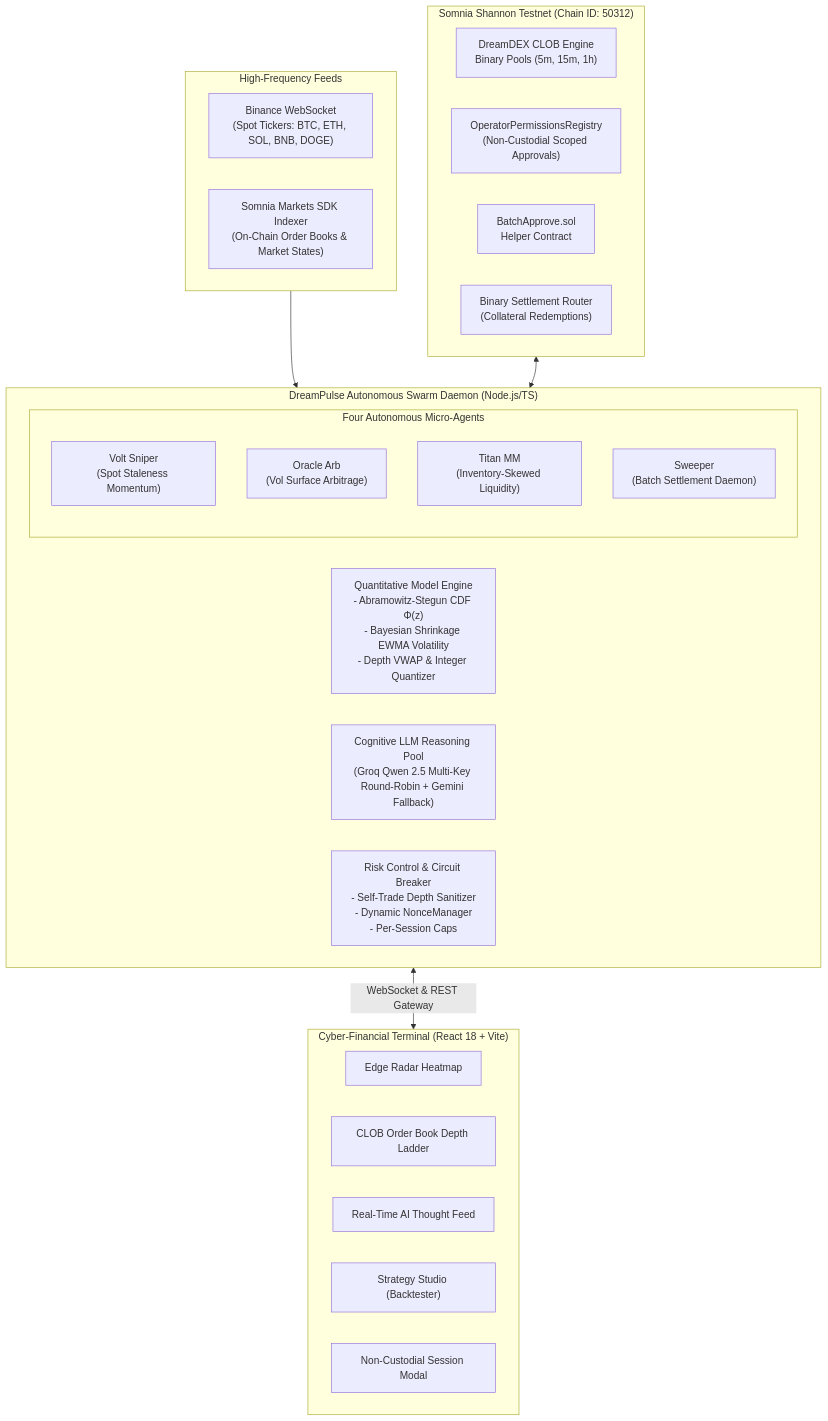
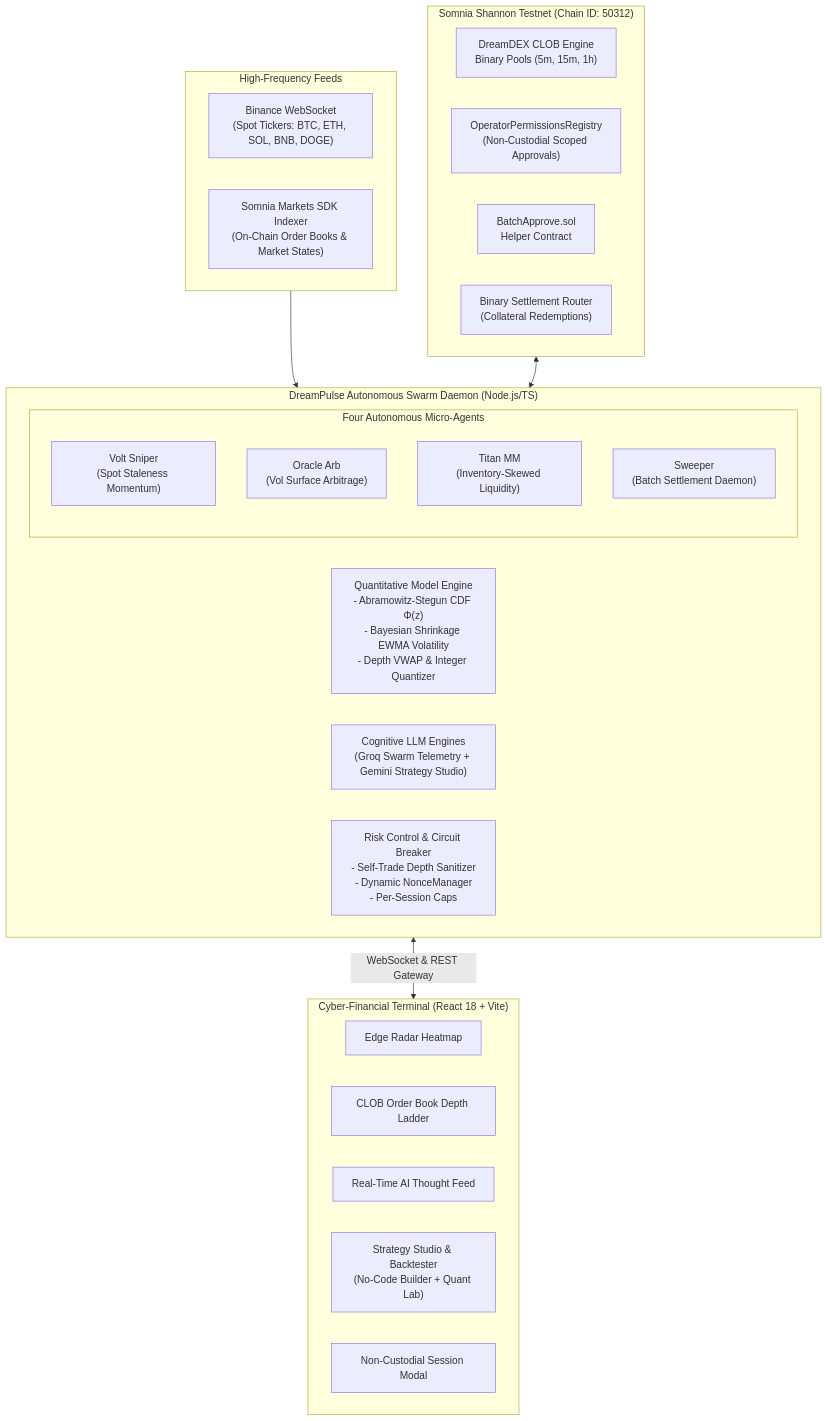
The first of 4 diagrams in README.md (zaikaman/DreamPulse), drawn with Mermaid before and after one commit. The commit also changed other lines of this file and 31 other files, not shown here.

````diff
--- a/README.md
+++ b/README.md
@@ -80,40 +80,40 @@
 ```mermaid
 flowchart TB
     subgraph SomniaShannonL1 ["Somnia Shannon Testnet (Chain ID: 50312)"]
         CLOB["DreamDEX CLOB Engine\nBinary Pools (5m, 15m, 1h)"]
         OPR["OperatorPermissionsRegistry\n(Non-Custodial Scoped Approvals)"]
         BATCH["BatchApprove.sol\nHelper Contract"]
         SETTLE["Binary Settlement Router\n(Collateral Redemptions)"]
     end
 
     subgraph DataFeeds ["High-Frequency Feeds"]
         BINANCE["Binance WebSocket\n(Spot Tickers: BTC, ETH, SOL, BNB, DOGE)"]
         GRAPHQL["Somnia Markets SDK Indexer\n(On-Chain Order Books & Market States)"]
     end
 
     subgraph SwarmEngine ["DreamPulse Autonomous Swarm Daemon (Node.js/TS)"]
         QUANT["Quantitative Model Engine\n- Abramowitz-Stegun CDF Φ(z)\n- Bayesian Shrinkage EWMA Volatility\n- Depth VWAP & Integer Quantizer"]
         
         subgraph Agents ["Four Autonomous Micro-Agents"]
             VOLT["Volt Sniper\n(Spot Staleness Momentum)"]
             ORACLE["Oracle Arb\n(Vol Surface Arbitrage)"]
             TITAN["Titan MM\n(Inventory-Skewed Liquidity)"]
             SWEEPER["Sweeper\n(Batch Settlement Daemon)"]
         end
 
-        LLM["Cognitive LLM Reasoning Pool\n(Groq Qwen 2.5 Multi-Key Round-Robin + Gemini Fallback)"]
+        LLM["Cognitive LLM Engines\n(Groq Swarm Telemetry + Gemini Strategy Studio)"]
         RISK["Risk Control & Circuit Breaker\n- Self-Trade Depth Sanitizer\n- Dynamic NonceManager\n- Per-Session Caps"]
     end
 
     subgraph UserInterface ["Cyber-Financial Terminal (React 18 + Vite)"]
         RADAR["Edge Radar Heatmap"]
         LADDER["CLOB Order Book Depth Ladder"]
         FEED["Real-Time AI Thought Feed"]
-        STUDIO["Strategy Studio (Backtester)"]
+        STUDIO["Strategy Studio & Backtester\n(No-Code Builder + Quant Lab)"]
         MODAL["Non-Custodial Session Modal"]
     end
 
     DataFeeds --> SwarmEngine
     SomniaShannonL1 <--> SwarmEngine
     SwarmEngine <-->|WebSocket & REST Gateway| UserInterface
 ```
````
